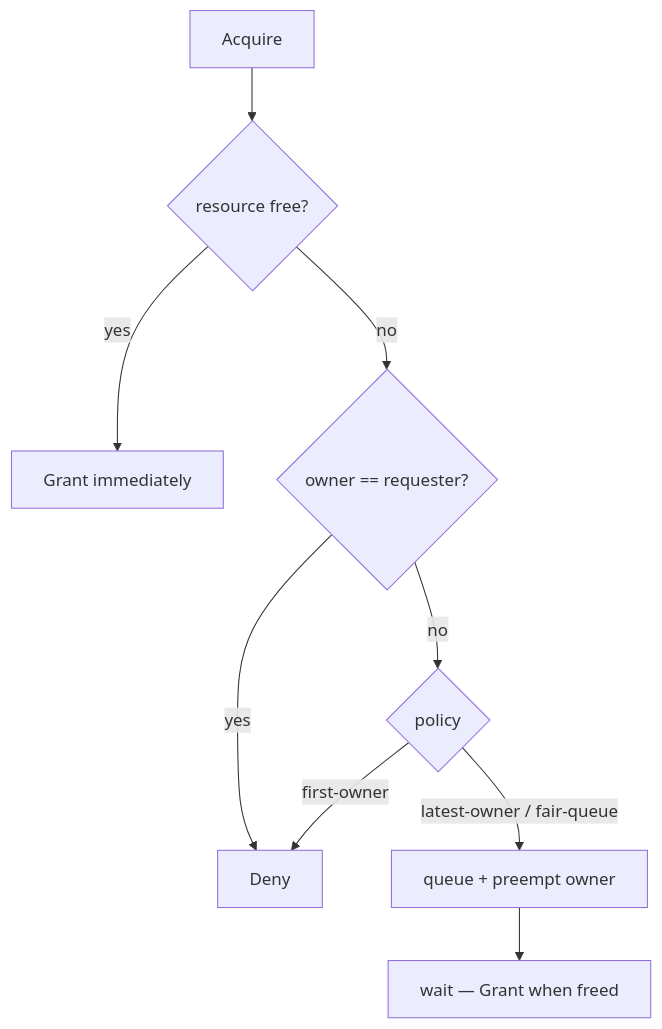
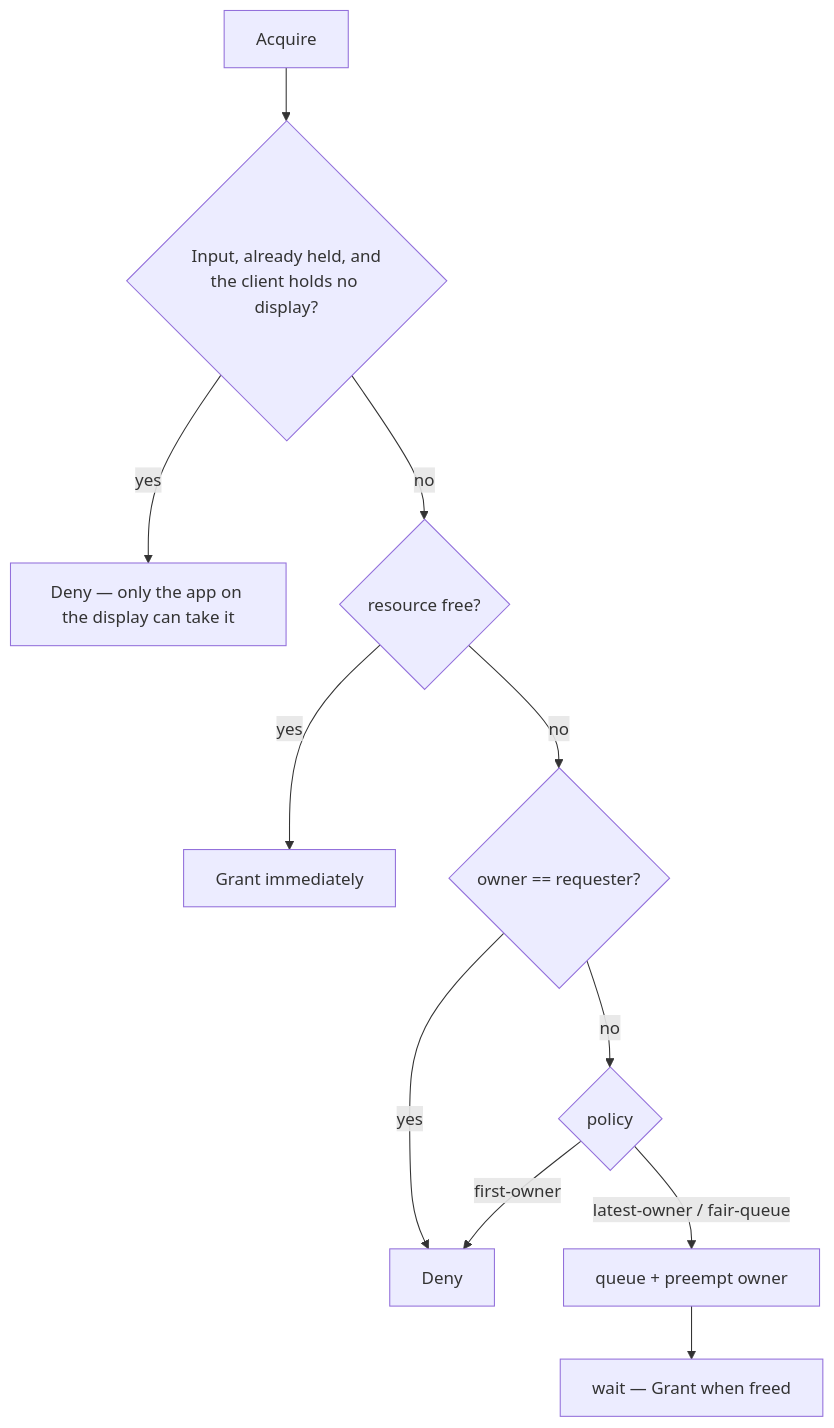
Before and after one commit to lulkien/simple-graphics-protocol: the second of 2 diagrams in docs/PROTOCOL.md, drawn with Mermaid. The commit also changed other lines of this file and 1 other file, not shown here.

First line of the commit message:
protocol: document input's two classes, suspension, and the list as state

````diff
--- a/docs/PROTOCOL.md
+++ b/docs/PROTOCOL.md
@@ -61,11 +67,13 @@
 ```mermaid
 flowchart TD
-    A[Acquire] --> F{resource free?}
+    A[Acquire] --> S{"Input, already held, and<br/>the client holds no display?"}
+    S -->|yes| D0[Deny — only the app on the display can take it]
+    S -->|no| F{resource free?}
     F -->|yes| G[Grant immediately]
     F -->|no| O{owner == requester?}
     O -->|yes| D[Deny]
     O -->|no| P{policy}
     P -->|first-owner| D
     P -->|latest-owner / fair-queue| Q[queue + preempt owner]
     Q --> W[wait — Grant when freed]
 ```
````
